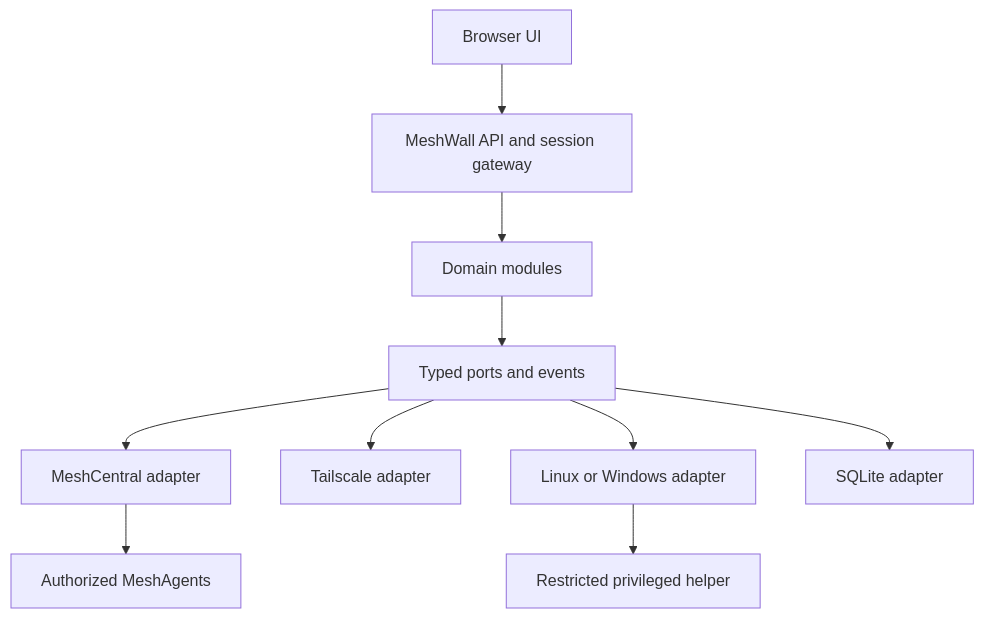
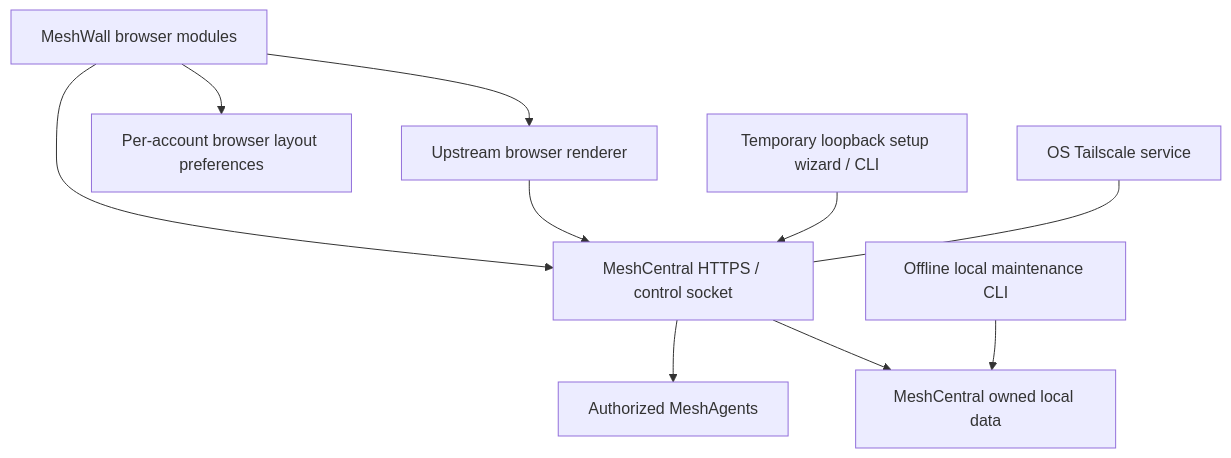
The diagram in ARCHITECTURE.md (el-utama/Mesh-Wall), drawn with Mermaid before and after one commit. The commit also changed other lines of this file and 13 other files, not shown here.

````diff
--- a/ARCHITECTURE.md
+++ b/ARCHITECTURE.md
@@ -6,12 +5,12 @@
 ```mermaid
 flowchart TD
- UI[Browser UI] --> API[MeshWall API and session gateway]
- API --> Modules[Domain modules]
- Modules --> Contracts[Typed ports and events]
- Contracts --> MC[MeshCentral adapter]
- Contracts --> TS[Tailscale adapter]
- Contracts --> OS[Linux or Windows adapter]
- Contracts --> DB[SQLite adapter]
- MC --> Agent[Authorized MeshAgents]
- OS --> Helper[Restricted privileged helper]
+ Browser[MeshWall browser modules] --> Engine[MeshCentral HTTPS / control socket]
+ Browser --> Renderer[Upstream browser renderer]
+ Renderer --> Engine
+ Engine --> Agent[Authorized MeshAgents]
+ Engine --> Data[MeshCentral owned local data]
+ Browser --> Prefs[Per-account browser layout preferences]
+ Setup[Temporary loopback setup wizard / CLI] --> Engine
+ Maintenance[Offline local maintenance CLI] --> Data
+ Tailscale[OS Tailscale service] --- Engine
 ```
````
